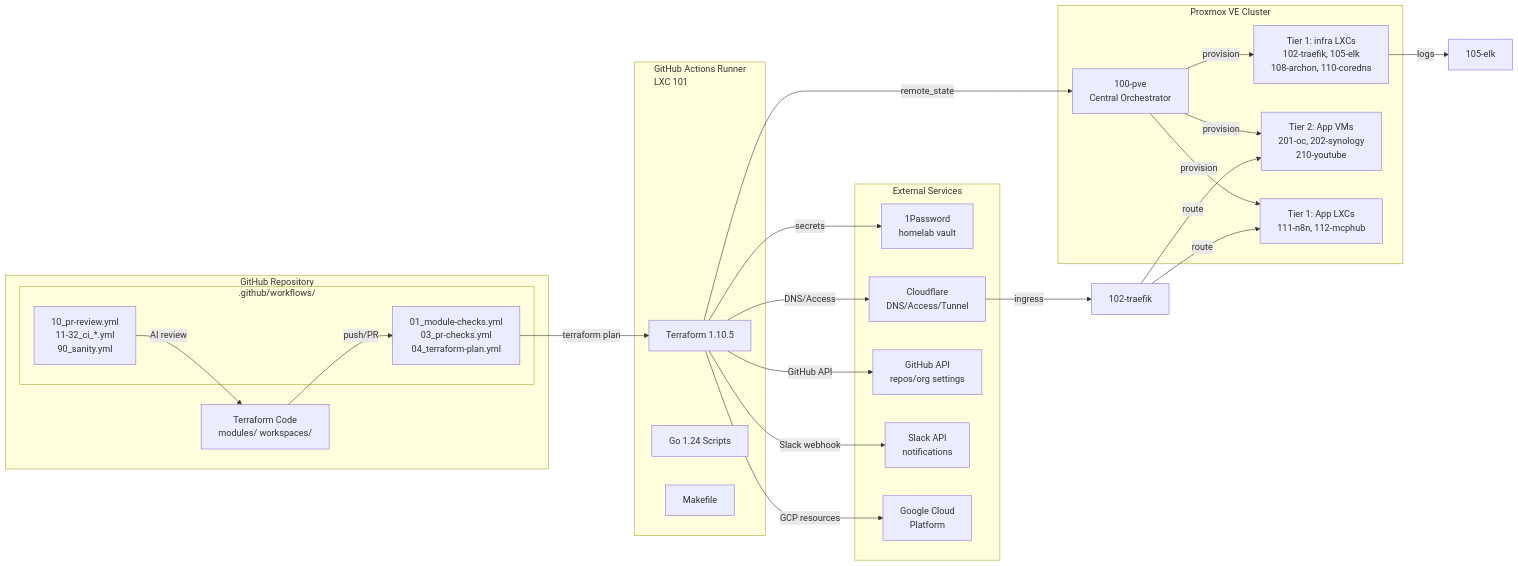
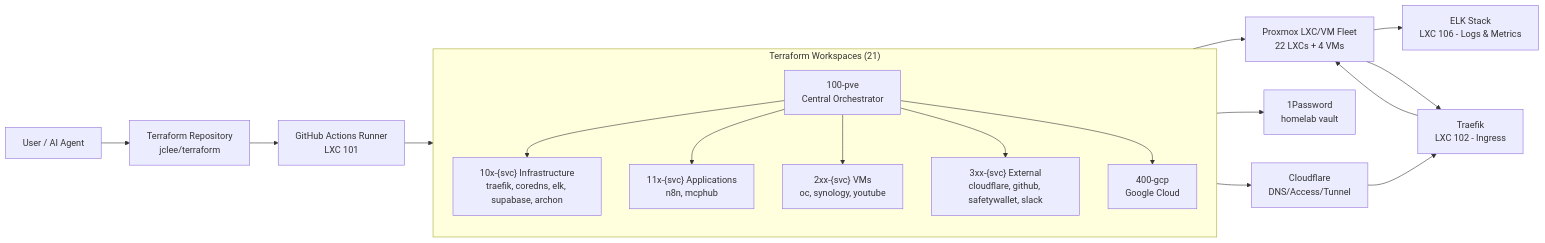
One commit to jclee941/terraform changed the diagram in README.md. Above: the diagram before and after it, drawn with Mermaid. The commit also changed other lines of this file, not shown here.

````diff
--- a/README.md
+++ b/README.md
@@ -64,48 +61,31 @@
 ```mermaid
 flowchart LR
-  subgraph GitHub["GitHub Repository"]
-    subgraph Workflows[".github/workflows/"]
-      PR["10_pr-review.yml\n11-32_ci_*.yml\n90_sanity.yml"]
-      CI["01_module-checks.yml\n03_pr-checks.yml\n04_terraform-plan.yml"]
+    Agent["User / AI Agent"] --> Repo["Terraform Repository<br>jclee/terraform"]
+    Repo --> CI["GitHub Actions Runner<br>LXC 101"]
+    
+    subgraph Terraform["Terraform Workspaces (21)"]
+        direction TB
+        TF_100["100-pve<br>Central Orchestrator"]
+        TF_10x["10x-{svc} Infrastructure<br>traefik, coredns, elk, supabase, archon"]
+        TF_11x["11x-{svc} Applications<br>n8n, mcphub"]
+        TF_2xx["2xx-{svc} VMs<br>oc, synology, youtube"]
+        TF_3xx["3xx-{svc} External<br>cloudflare, github, safetywallet, slack"]
+        TF_400["400-gcp<br>Google Cloud"]
     end
-    RepoCode["Terraform Code\nmodules/ workspaces/"]
-  end
-
-  subgraph Runner["GitHub Actions Runner\nLXC 101"]
-    TF["Terraform 1.10.5"]
-    Go["Go 1.24 Scripts"]
-    Make["Makefile"]
-  end
-
-  subgraph Proxmox["Proxmox VE Cluster"]
-    PVE["100-pve\nCentral Orchestrator"]
-    LXC_Fleet["Tier 1: infra LXCs\n102-traefik, 105-elk\n108-archon, 110-coredns"]
-    VM_Fleet["Tier 2: App VMs\n201-oc, 202-synology\n210-youtube"]
-    LXC_Apps["Tier 1: App LXCs\n111-n8n, 112-mcphub"]
-  end
-
-  subgraph External["External Services"]
-    OP["1Password\nhomelab vault"]
-    CF["Cloudflare\nDNS/Access/Tunnel"]
-    GH["GitHub API\nrepos/org settings"]
-    SL["Slack API\nnotifications"]
-    GCP["Google Cloud\nPlatform"]
-  end
-
-  RepoCode -->|push/PR| CI
-  PR -->|AI review| RepoCode
-  CI -->|terraform plan| TF
-  TF -->|remote_state| PVE
-  PVE -->|provision| LXC_Fleet
-  PVE -->|provision| VM_Fleet
-  PVE -->|provision| LXC_Apps
-  TF -->|secrets| OP
-  TF -->|DNS/Access| CF
-  TF -->|GitHub API| GH
-  TF -->|Slack webhook| SL
-  TF -->|GCP resources| GCP
-  LXC_Fleet -->|logs| 105-elk
-  CF -->|ingress| 102-traefik
-  102-traefik -->|route| VM_Fleet
-  102-traefik -->|route| LXC_Apps
+    
+    CI --> TF_100
+    TF_100 --> TF_10x
+    TF_100 --> TF_11x
+    TF_100 --> TF_2xx
+    TF_100 --> TF_3xx
+    TF_100 --> TF_400
+    
+    TF_100 --> Fleet["Proxmox LXC/VM Fleet<br>22 LXCs + 4 VMs"]
+    TF_10x --> OP["1Password<br>homelab vault"]
+    TF_3xx --> CF["Cloudflare<br>DNS/Access/Tunnel"]
+    
+    Fleet --> ELK["ELK Stack<br>LXC 106 - Logs & Metrics"]
+    Fleet --> Traefik["Traefik<br>LXC 102 - Ingress"]
+    CF --> Traefik
+    Traefik --> Fleet
 ```
````
